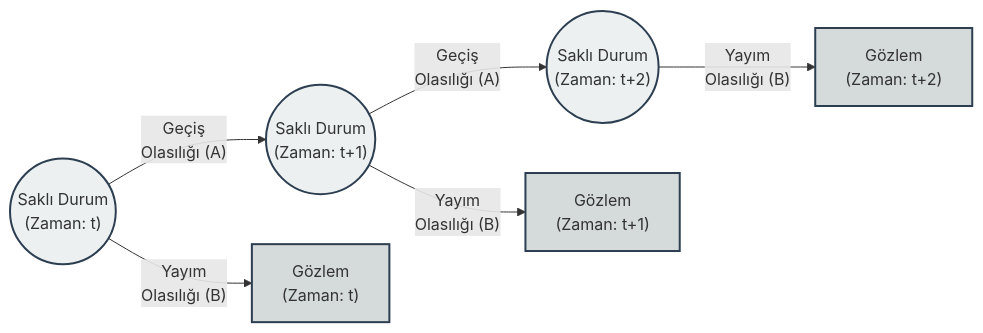
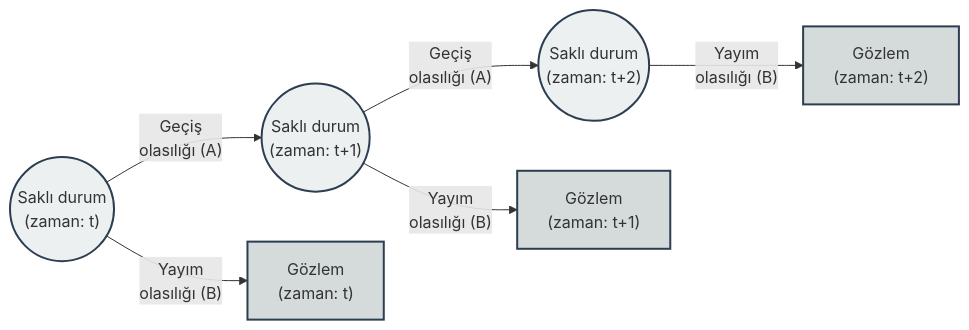
Before and after one commit to erkanozhan/AI_and_Machine_Learning_Tech: the second of 3 diagrams in Hidden_Markov_Models.md, drawn with Mermaid. The commit also changed other lines of this file and 16 other files, not shown here.

````diff
--- a/Hidden_Markov_Models.md
+++ b/Hidden_Markov_Models.md
@@ -16,23 +101,23 @@
 ```mermaid
 graph LR
-    H1(("Saklı Durum<br>(Zaman: t)"))
-    H2(("Saklı Durum<br>(Zaman: t+1)"))
-    H3(("Saklı Durum<br>(Zaman: t+2)"))
-    
-    O1["Gözlem<br>(Zaman: t)"]
-    O2["Gözlem<br>(Zaman: t+1)"]
-    O3["Gözlem<br>(Zaman: t+2)"]
-    
-    H1 -- "Geçiş<br>Olasılığı (A)" --> H2
-    H2 -- "Geçiş<br>Olasılığı (A)" --> H3
-    
-    H1 -- "Yayım<br>Olasılığı (B)" --> O1
-    H2 -- "Yayım<br>Olasılığı (B)" --> O2
-    H3 -- "Yayım<br>Olasılığı (B)" --> O3
-    
+    H1(("Saklı durum<br>(zaman: t)"))
+    H2(("Saklı durum<br>(zaman: t+1)"))
+    H3(("Saklı durum<br>(zaman: t+2)"))
+
+    O1["Gözlem<br>(zaman: t)"]
+    O2["Gözlem<br>(zaman: t+1)"]
+    O3["Gözlem<br>(zaman: t+2)"]
+
+    H1 -- "Geçiş<br>olasılığı (A)" --> H2
+    H2 -- "Geçiş<br>olasılığı (A)" --> H3
+
+    H1 -- "Yayım<br>olasılığı (B)" --> O1
+    H2 -- "Yayım<br>olasılığı (B)" --> O2
+    H3 -- "Yayım<br>olasılığı (B)" --> O3
+
     classDef hiddenState fill:#ecf0f1,stroke:#2c3e50,stroke-width:2px;
     classDef observation fill:#d5dbdb,stroke:#2c3e50,stroke-width:2px;
-    
+
     class H1,H2,H3 hiddenState;
     class O1,O2,O3 observation;
 ```
````
